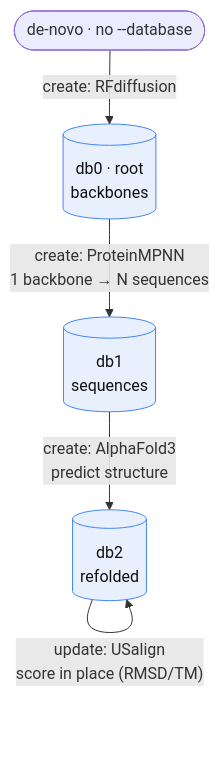
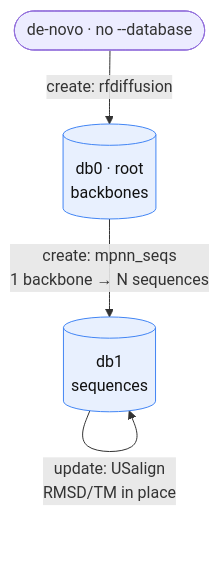
The second of 2 diagrams in README.md (jlmoraleshellin/prosapia), drawn with Mermaid before and after one commit. The commit also changed other lines of this file and 7 other files, not shown here.

````diff
--- a/README.md
+++ b/README.md
@@ -88,15 +167,14 @@
 ```mermaid
 flowchart TD
     S(["de-novo · no --database"])
     R[("db0 · root<br/>backbones")]
     A[("db1<br/>sequences")]
-    B[("db2<br/>refolded")]
 
-    S -->|"create: RFdiffusion"| R
-    R -->|"create: ProteinMPNN<br/>1 backbone → N sequences"| A
-    A -->|"create: AlphaFold3<br/>predict structure"| B
-    B -->|"update: USalign<br/>score in place (RMSD/TM)"| B
+    S -->|"create: rfdiffusion"| R
+    R -->|"create: mpnn_seqs<br/>1 backbone → N sequences"| A
+    A -->|"update: alphafold3<br/>predict + score in place"| A
+    A -->|"update: USalign<br/>RMSD/TM in place"| A
 
     classDef db fill:#e8f0fe,stroke:#4285f4,color:#111;
-    class R,A,B db;
+    class R,A db;
 ```
````
